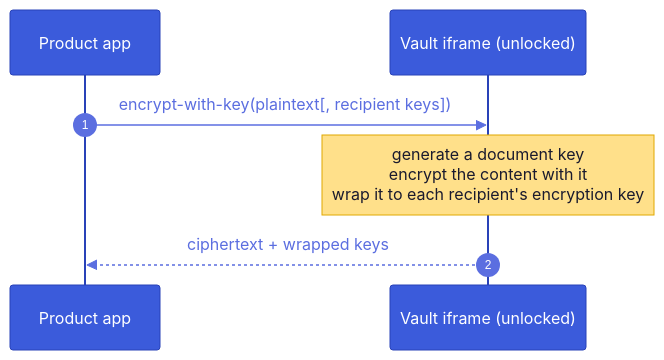
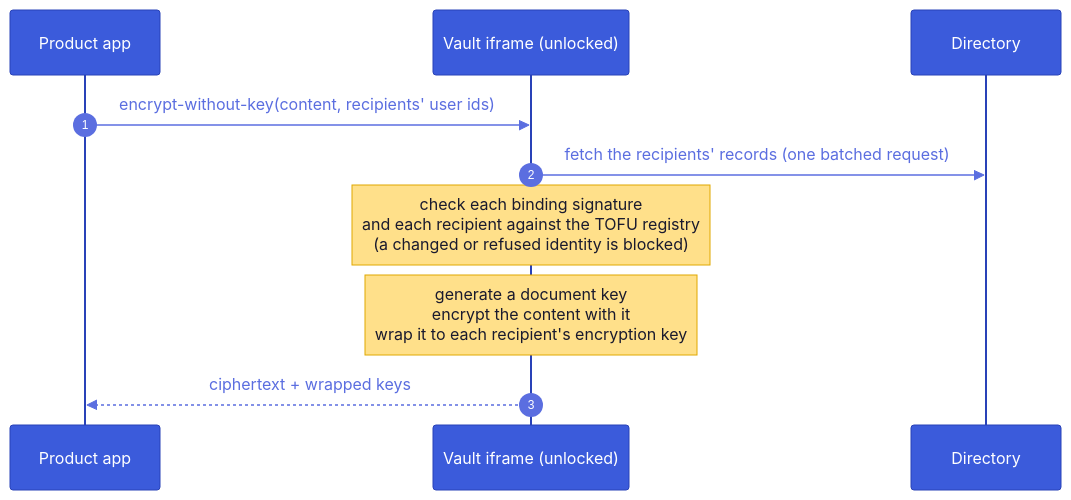
Before and after one commit to suitenumerique/encryption: the fourth of 23 diagrams in architecture.md, drawn with Mermaid. The commit also changed other lines of this file and 12 other files, not shown here.

````diff
--- a/architecture.md
+++ b/architecture.md
@@ -618,10 +636,13 @@
 ```mermaid
-%%{init: {'theme':'base','themeVariables':{'actorBkg':'#3b5bdb','actorTextColor':'#fff','actorBorder':'#2942b8','signalColor':'#5b6ee0','signalTextColor':'#5b6ee0','noteBkgColor':'#ffe08a','noteTextColor':'#1a1a2e','noteBorderColor':'#e0a800','sequenceNumberColor':'#fff'}}}%%
+%%{init: {'theme':'base','look':'classic','themeVariables':{'actorBkg':'#3b5bdb','actorTextColor':'#fff','actorBorder':'#2942b8','signalColor':'#5b6ee0','signalTextColor':'#5b6ee0','noteBkgColor':'#ffe08a','noteTextColor':'#1a1a2e','noteBorderColor':'#e0a800','sequenceNumberColor':'#fff'}}}%%
 sequenceDiagram
   autonumber
   participant P as Product app
   participant V as Vault iframe (unlocked)
-  P->>V: encrypt-with-key(plaintext[, recipient keys])
+  participant REG as Directory
+  P->>V: encrypt-without-key(content, recipients' user ids)
+  V->>REG: fetch the recipients' records (one batched request)
+  Note over V: check each binding signature<br/>and each recipient against the TOFU registry<br/>(a changed or refused identity is blocked)
   Note over V: generate a document key<br/>encrypt the content with it<br/>wrap it to each recipient's encryption key
   V-->>P: ciphertext + wrapped keys
 ```
````
